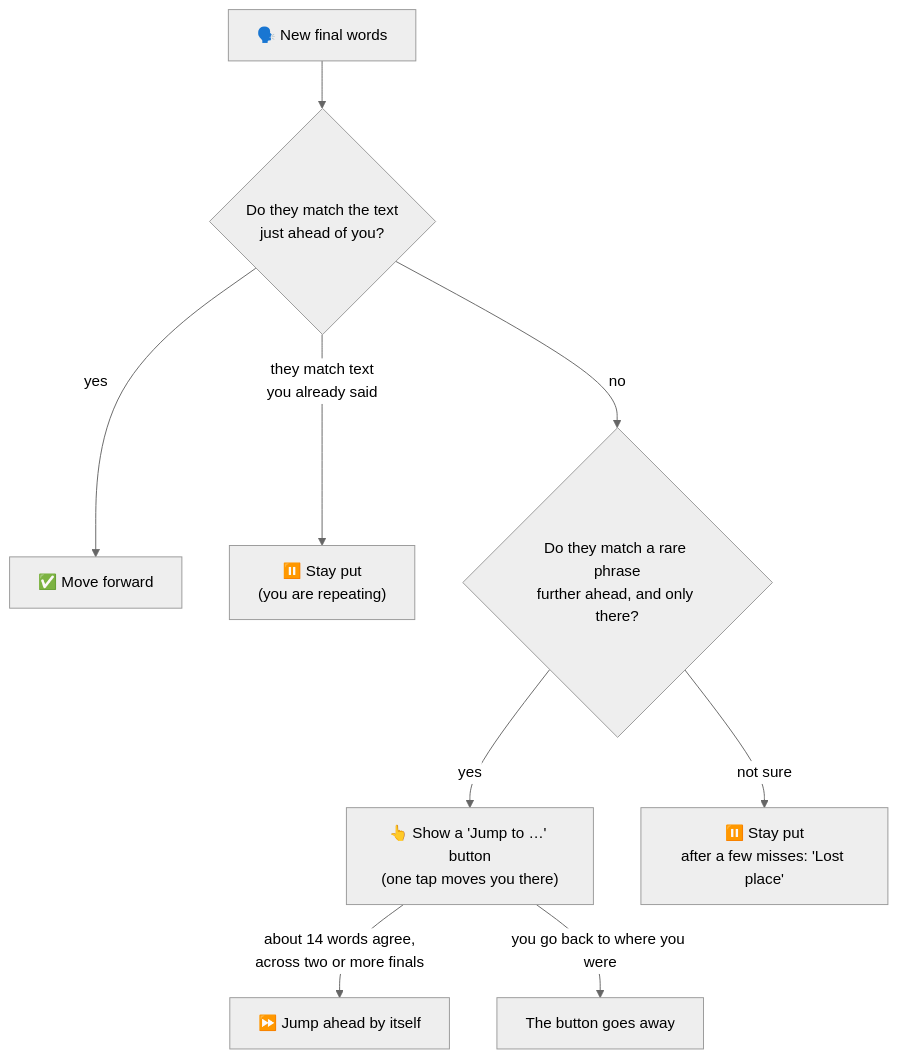
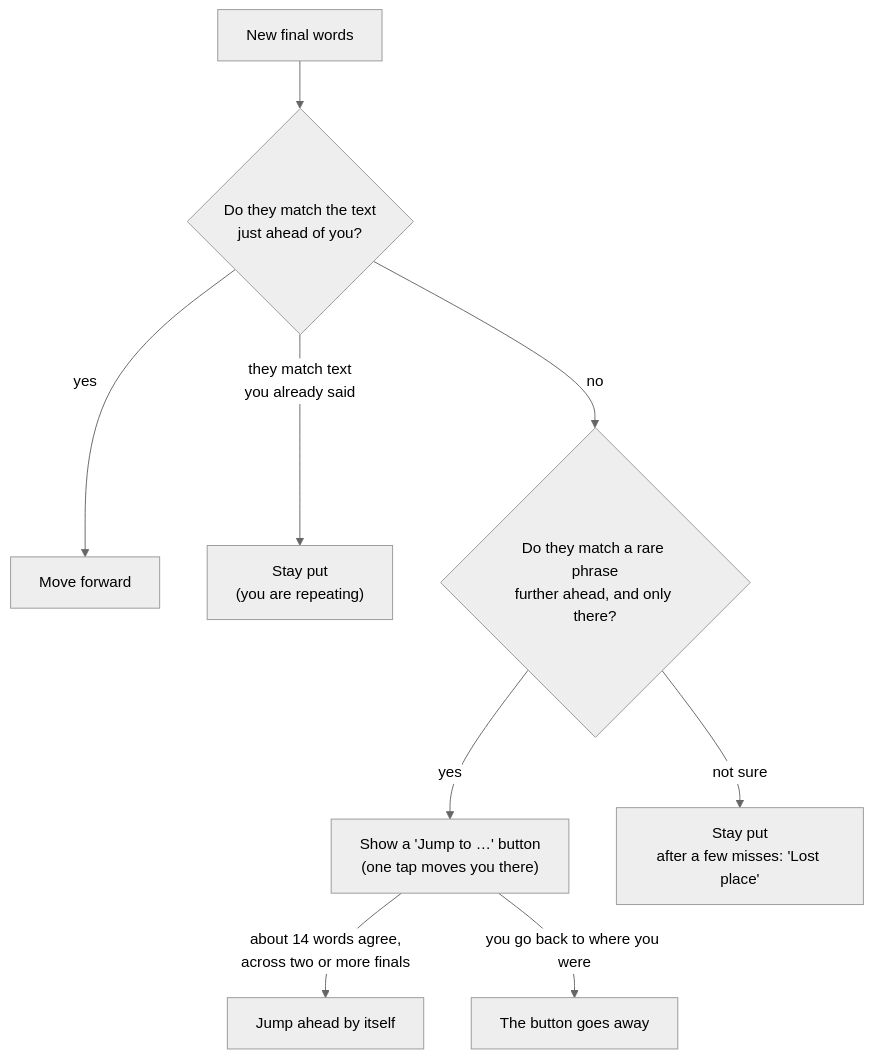
One commit to rimorin/tk_teleprompter changed the fourth of 4 diagrams in README.md. Above: the diagram before and after it, drawn with Mermaid (neutral theme). The commit also changed other lines of this file and 22 other files, not shown here.

````diff
--- a/README.md
+++ b/README.md
@@ -351,11 +328,11 @@
 ```mermaid
 flowchart TD
-    heard["🗣️ New final words"] --> near{"Do they match the text<br/>just ahead of you?"}
-    near -- "yes" --> move["✅ Move forward"]
-    near -- "they match text<br/>you already said" --> hold["⏸️ Stay put<br/>(you are repeating)"]
+    heard["New final words"] --> near{"Do they match the text<br/>just ahead of you?"}
+    near -- "yes" --> move["Move forward"]
+    near -- "they match text<br/>you already said" --> hold["Stay put<br/>(you are repeating)"]
     near -- "no" --> far{"Do they match a rare phrase<br/>further ahead, and only there?"}
-    far -- "yes" --> offer["👆 Show a 'Jump to …' button<br/>(one tap moves you there)"]
-    offer -- "about 14 words agree,<br/>across two or more finals" --> jump["⏩ Jump ahead by itself"]
+    far -- "yes" --> offer["Show a 'Jump to …' button<br/>(one tap moves you there)"]
+    offer -- "about 14 words agree,<br/>across two or more finals" --> jump["Jump ahead by itself"]
     offer -- "you go back to where you were" --> gone["The button goes away"]
-    far -- "not sure" --> wait["⏸️ Stay put<br/>after a few misses: 'Lost place'"]
+    far -- "not sure" --> wait["Stay put<br/>after a few misses: 'Lost place'"]
 ```
````
